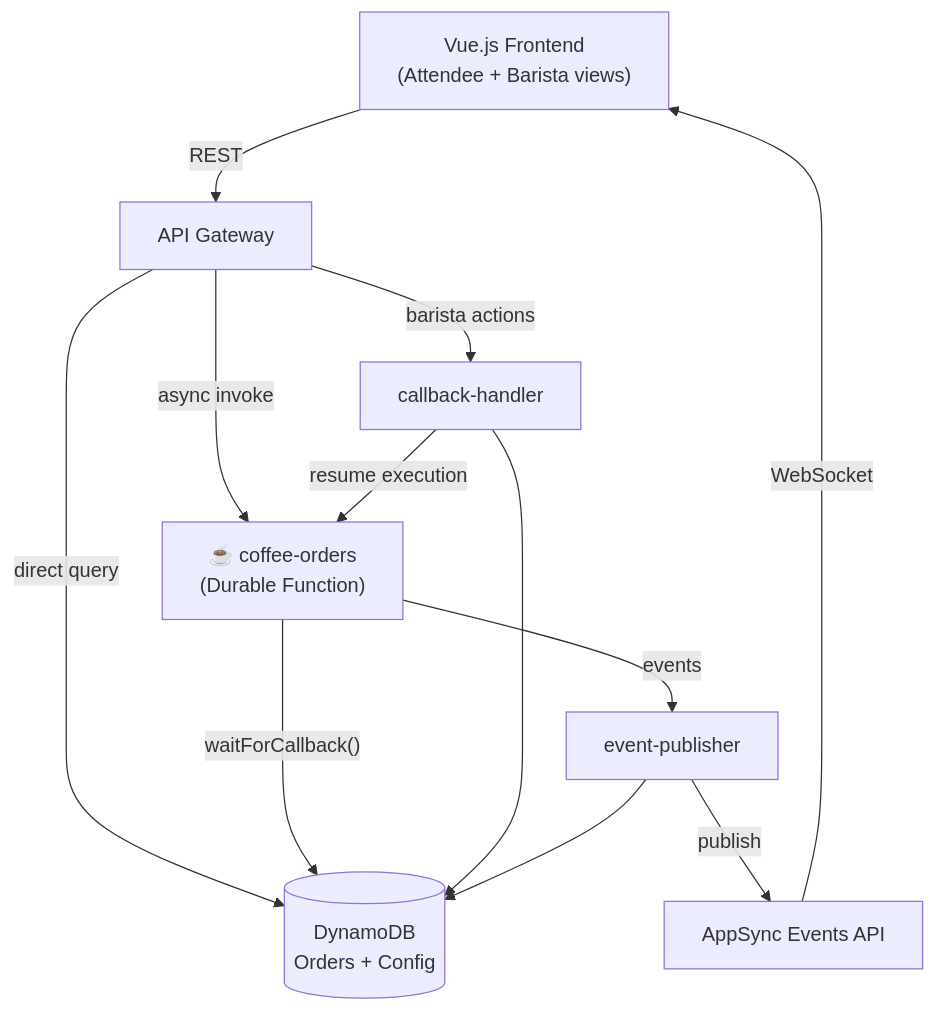
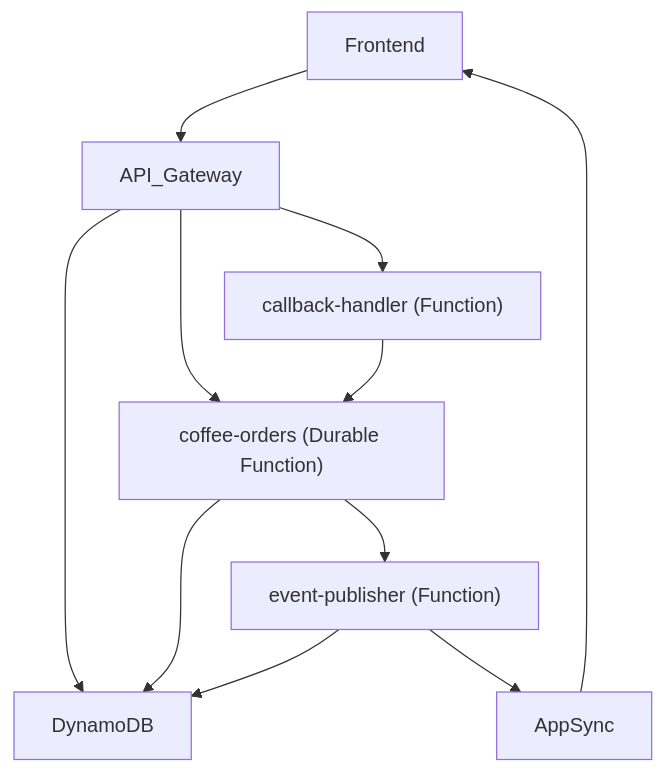
Before and after one commit to singledigit/durable-serverlesspresso: the diagram in README.md, drawn with Mermaid. The commit also changed other lines of this file, not shown here.

Commit message:
docs: simplify README architecture diagram and deploy instructions

````diff
--- a/README.md
+++ b/README.md
@@ -7,21 +15,13 @@
 ```mermaid
 graph TD
-    Frontend["Vue.js Frontend<br/>(Attendee + Barista views)"]
-
-    Frontend -- "REST" --> APIGW["API Gateway"]
-    AppSync["AppSync Events API"] -- "WebSocket" --> Frontend
-
-    APIGW -- "direct query" --> DDB
-    APIGW -- "async invoke" --> Durable["☕ coffee-orders<br/>(Durable Function)"]
-    APIGW -- "barista actions" --> Callback["callback-handler"]
-
-    Durable -- "waitForCallback()" --> DDB
-    Durable -- "events" --> Publisher["event-publisher"]
-
-    Callback -- "resume execution" --> Durable
-    Callback --> DDB
-    Publisher --> DDB
-    Publisher -- "publish" --> AppSync
-
-    DDB[("DynamoDB<br/>Orders + Config")]
+    Frontend --> API_Gateway
+    API_Gateway --> DynamoDB
+    API_Gateway --> coffee-orders["coffee-orders (Durable Function)"]
+    API_Gateway --> callback-handler["callback-handler (Function)"]
+    coffee-orders --> DynamoDB
+    callback-handler --> coffee-orders
+    coffee-orders --> event-publisher["event-publisher (Function)"]
+    event-publisher --> DynamoDB
+    event-publisher --> AppSync
+    AppSync --> Frontend
 ```
````
